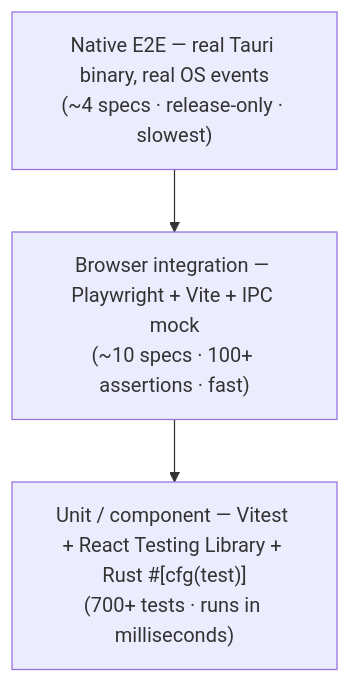
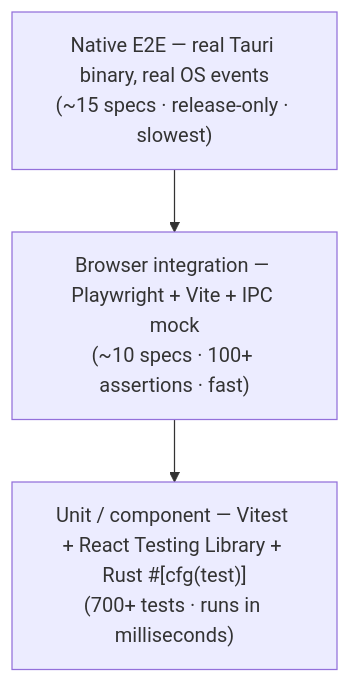
The diagram in docs/test-strategy.md (dryotta/mDown-reView), drawn with Mermaid before and after one commit. The commit also changed other lines of this file and 17 other files, not shown here.

````diff
--- a/docs/test-strategy.md
+++ b/docs/test-strategy.md
@@ -15,8 +15,8 @@
 ```mermaid
 flowchart TB
-    Native["Native E2E — real Tauri binary, real OS events<br/>(~4 specs · release-only · slowest)"]
+    Native["Native E2E — real Tauri binary, real OS events<br/>(~15 specs · release-only · slowest)"]
     Browser["Browser integration — Playwright + Vite + IPC mock<br/>(~10 specs · 100+ assertions · fast)"]
     Unit["Unit / component — Vitest + React Testing Library + Rust #[cfg(test)]<br/>(700+ tests · runs in milliseconds)"]
     Native --> Browser
     Browser --> Unit
 ```
````
